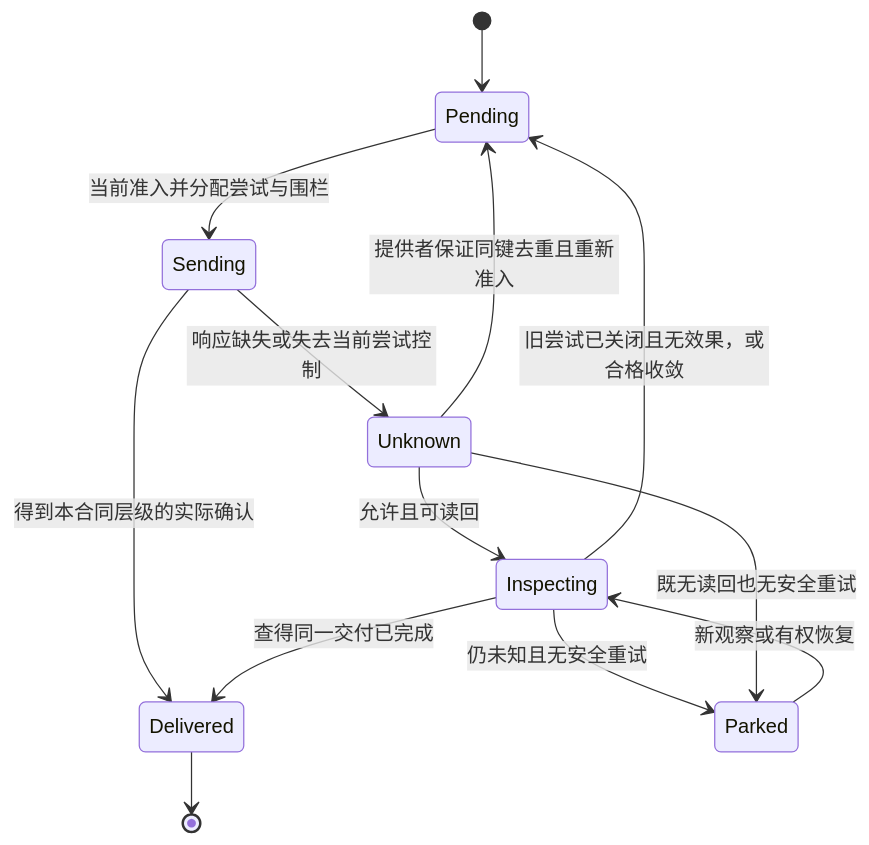
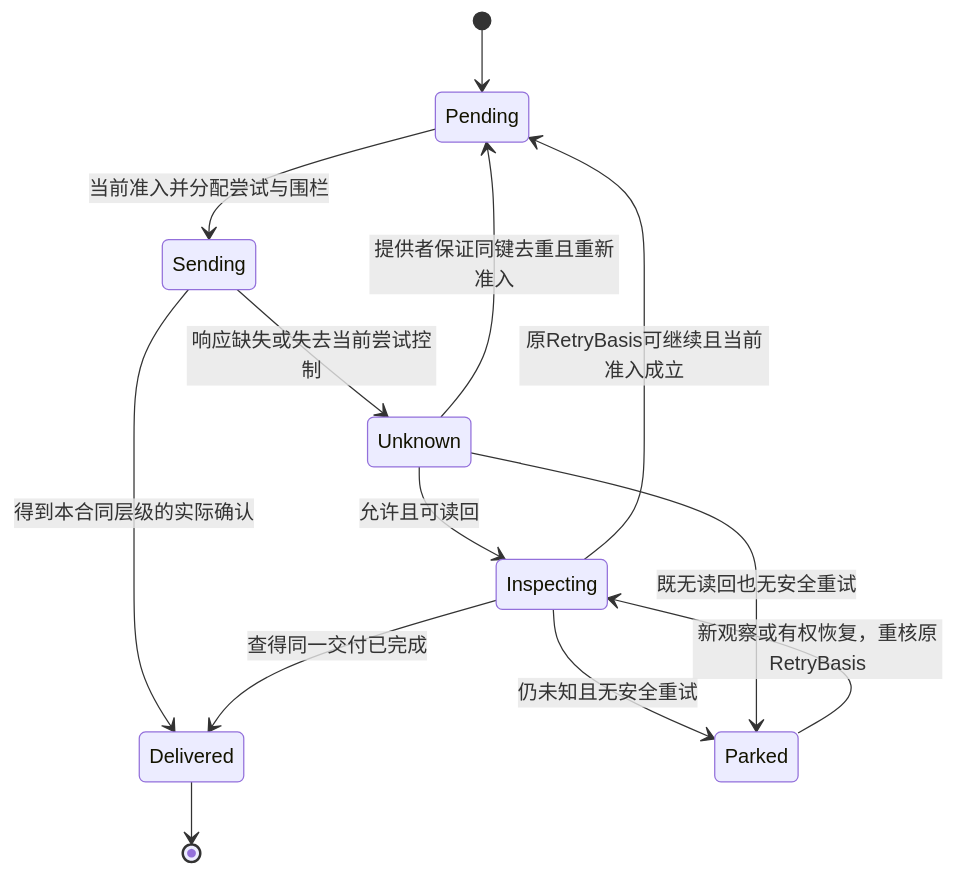
One commit to sec-platform/sec changed diagram 11 of 17 in docs/运行/持久化提交与恢复.md. Above: the diagram before and after it, drawn with Mermaid. The commit also changed other lines of this file and 14 other files, not shown here.

````diff
--- a/docs/运行/持久化提交与恢复.md
+++ b/docs/运行/持久化提交与恢复.md
@@ -854,15 +854,15 @@
 ```mermaid
 stateDiagram-v2
   [*] --> Pending
   Pending --> Sending: 当前准入并分配尝试与围栏
   Sending --> Delivered: 得到本合同层级的实际确认
   Sending --> Unknown: 响应缺失或失去当前尝试控制
   Unknown --> Inspecting: 允许且可读回
   Inspecting --> Delivered: 查得同一交付已完成
-  Inspecting --> Pending: 旧尝试已关闭且无效果，或合格收敛
+  Inspecting --> Pending: 原RetryBasis可继续且当前准入成立
   Inspecting --> Parked: 仍未知且无安全重试
   Unknown --> Pending: 提供者保证同键去重且重新准入
   Unknown --> Parked: 既无读回也无安全重试
-  Parked --> Inspecting: 新观察或有权恢复
+  Parked --> Inspecting: 新观察或有权恢复，重核原RetryBasis
   Delivered --> [*]
 ```
````
